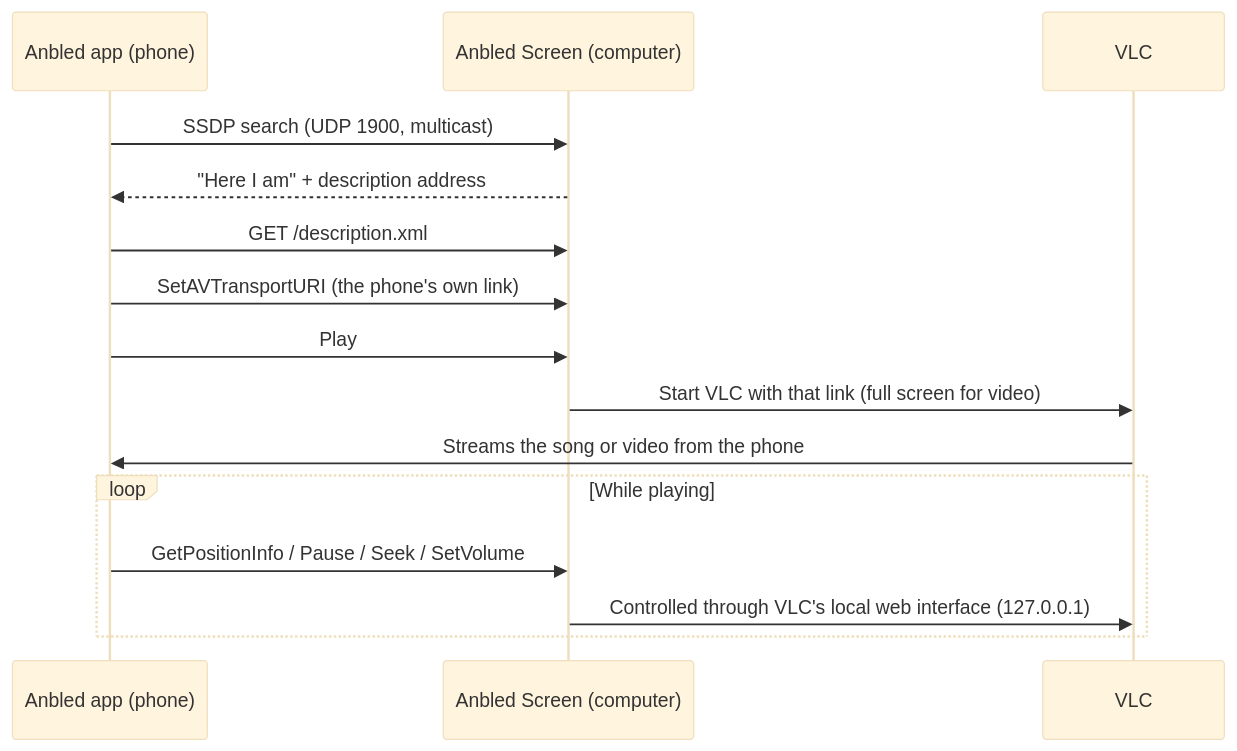
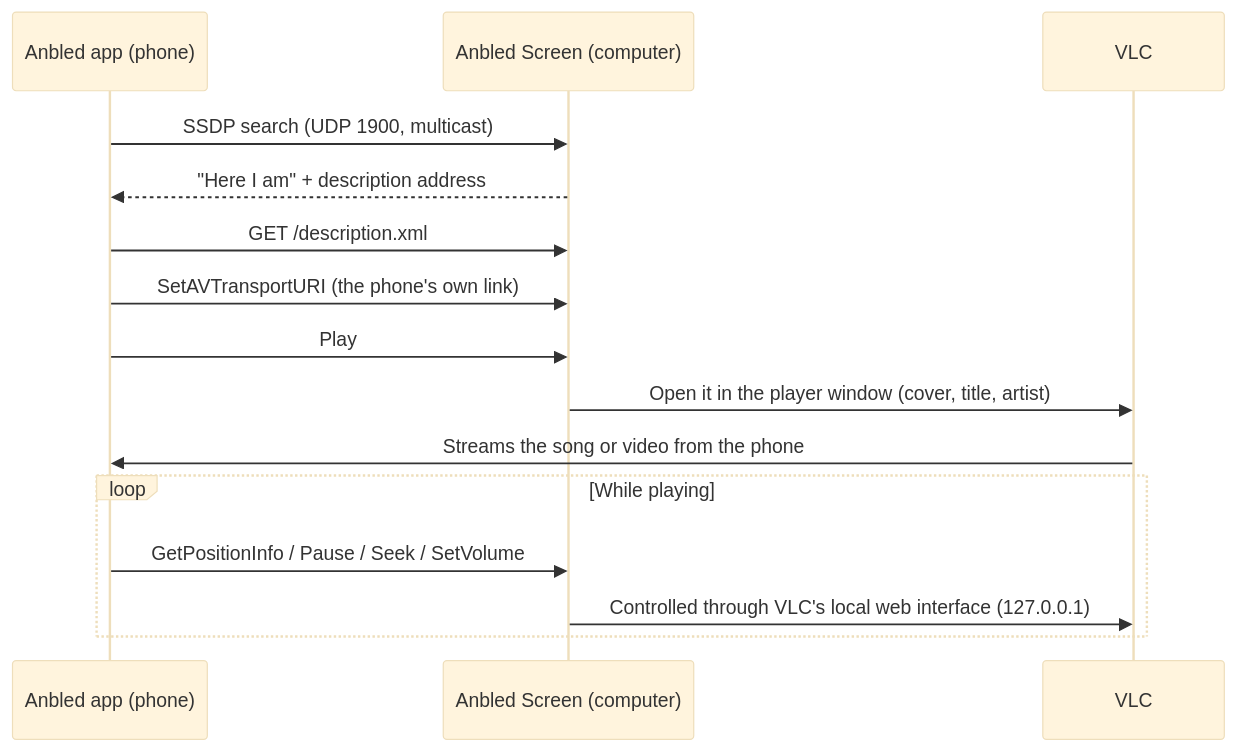
One commit to vitroyfix/anbled-screen changed the diagram in README.md. Above: the diagram before and after it, drawn with Mermaid (base theme). The commit also changed other lines of this file and 1 other file, not shown here.

First line of the commit message:
A real player window for what's cast

````diff
--- a/README.md
+++ b/README.md
@@ -156,17 +158,17 @@
 ```mermaid
 sequenceDiagram
     participant P as Anbled app (phone)
     participant S as Anbled Screen (computer)
     participant V as VLC
     P->>S: SSDP search (UDP 1900, multicast)
     S-->>P: "Here I am" + description address
     P->>S: GET /description.xml
     P->>S: SetAVTransportURI (the phone's own link)
     P->>S: Play
-    S->>V: Start VLC with that link (full screen for video)
+    S->>V: Open it in the player window (cover, title, artist)
     V->>P: Streams the song or video from the phone
     loop While playing
         P->>S: GetPositionInfo / Pause / Seek / SetVolume
         S->>V: Controlled through VLC's local web interface (127.0.0.1)
     end
 ```
````
